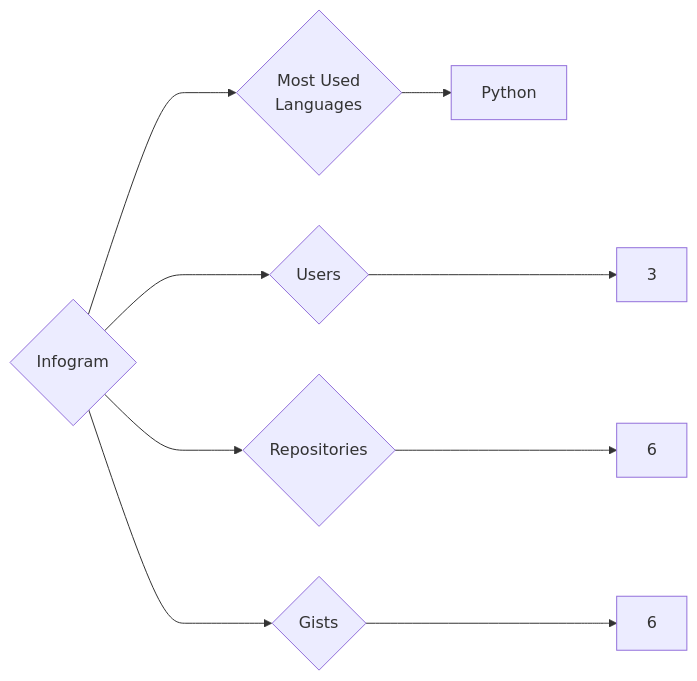
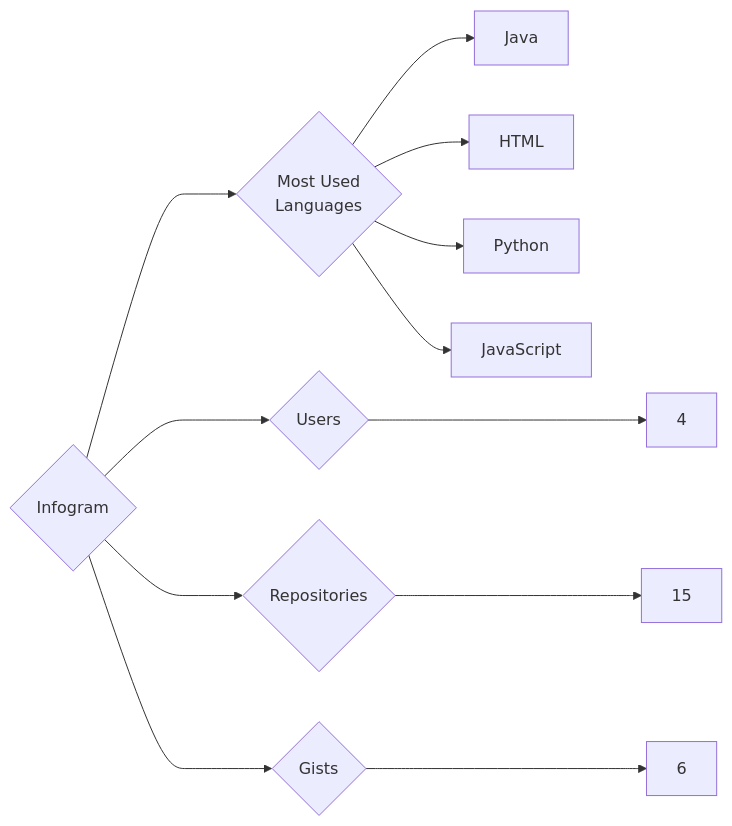
One commit to trickest/insiders changed the diagram in targets/Infogram/README.md. Above: the diagram before and after it, drawn with Mermaid. The commit also changed 1149 other files, not shown here.

````diff
--- a/targets/Infogram/README.md
+++ b/targets/Infogram/README.md
@@ -3,9 +3,12 @@
 ```mermaid
 graph LR
 COMPANY_NAME{Infogram}
-COMPANY_NAME ---> U{Users} ---> UN[3]
-COMPANY_NAME ---> R{Repositories} ---> RN[6]
+COMPANY_NAME ---> U{Users} ---> UN[4]
+COMPANY_NAME ---> R{Repositories} ---> RN[15]
 COMPANY_NAME ---> G{Gists} ---> GN[6]
 COMPANY_NAME ---> ML{Most Used<br>Languages}
+ML --> Java[Java]
+ML --> HTML[HTML]
 ML --> Python[Python]
+ML --> JavaScript[JavaScript]
 ```
````
